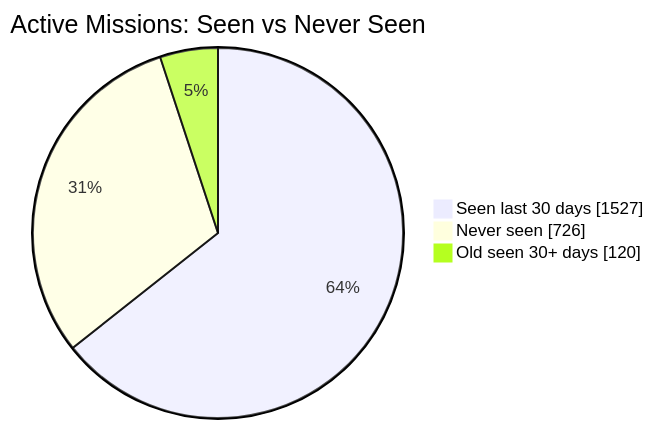
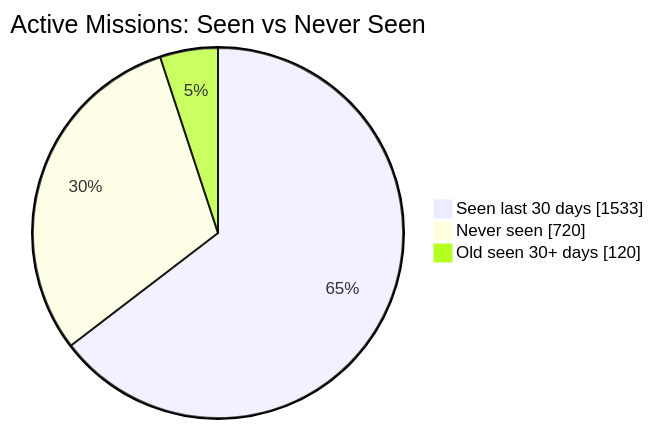
The first of 2 diagrams in README.md (MeldkamerspelGameTeam/active-missions), drawn with Mermaid before and after one commit. The commit also changed other lines of this file and 2 other files, not shown here.

````diff
--- a/README.md
+++ b/README.md
@@ -34,7 +34,7 @@
 ```mermaid
 pie showData
     title Active Missions: Seen vs Never Seen
-    "Seen last 30 days" : 1527
-    "Never seen" : 726
+    "Seen last 30 days" : 1533
+    "Never seen" : 720
     "Old seen 30+ days" : 120
 ```
````
